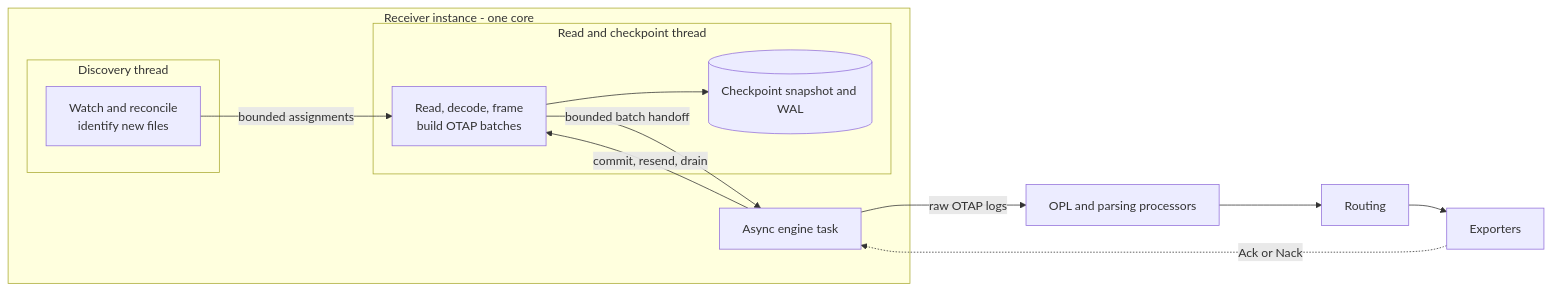
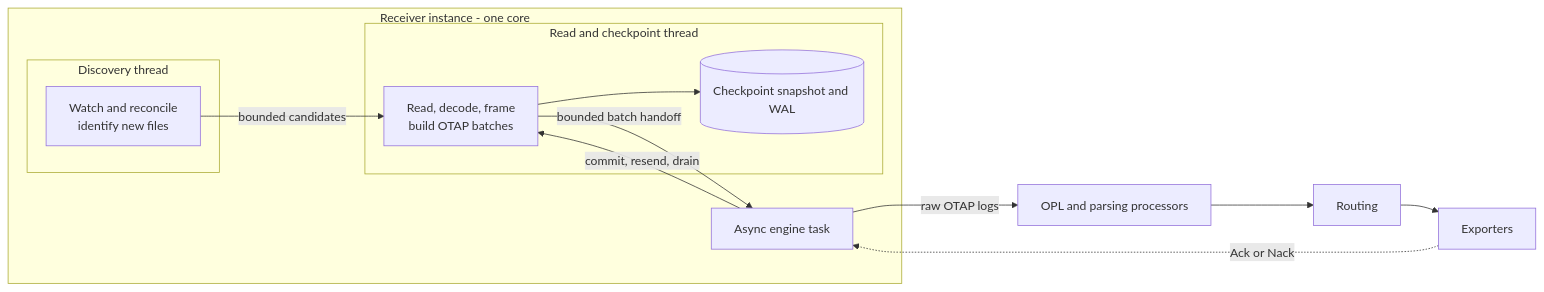
The first of 8 diagrams in rust/otap-dataflow/docs/filelog-receiver.md (open-telemetry/otel-arrow), drawn with Mermaid before and after one commit. The commit also changed other lines of this file, not shown here.

Commit message:
docs: tighten filelog architecture contracts

````diff
--- a/rust/otap-dataflow/docs/filelog-receiver.md
+++ b/rust/otap-dataflow/docs/filelog-receiver.md
@@ -123,18 +213,18 @@
 ```mermaid
 flowchart LR
   subgraph receiver["Receiver instance - one core"]
     subgraph discovery["Discovery thread"]
       D["Watch and reconcile<br/>identify new files"]
     end
-    D -->|"bounded assignments"| W
+    D -->|"bounded candidates"| W
     subgraph worker["Read and checkpoint thread"]
       W["Read, decode, frame<br/>build OTAP batches"]
       W --> CK[("Checkpoint snapshot and WAL")]
     end
     W -->|"bounded batch handoff"| A["Async engine task"]
     A -->|"commit, resend, drain"| W
   end
   A -->|"raw OTAP logs"| P["OPL and parsing processors"]
   P --> R["Routing"] --> E["Exporters"]
   E -.->|"Ack or Nack"| A
 ```
````
